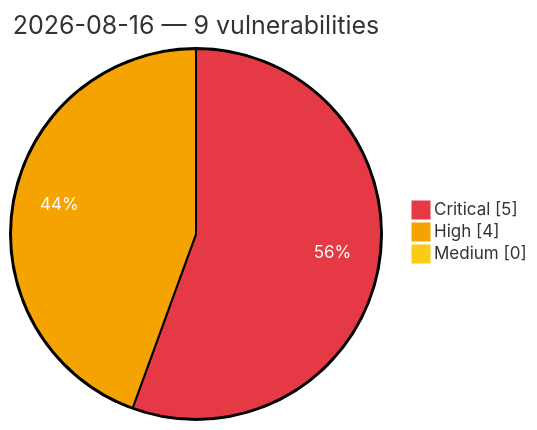
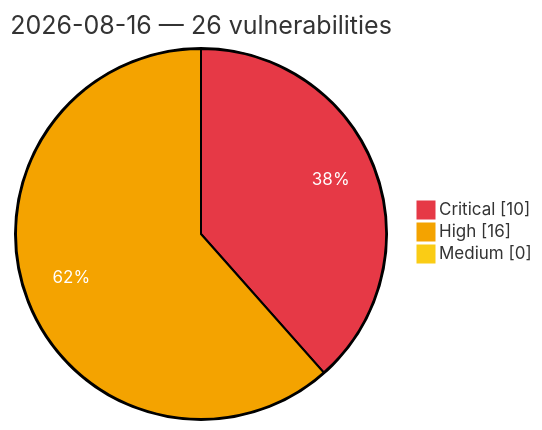
Before and after one commit to GhostX0X/vuln-tracker: the diagram in vulnerabilities/2026/August/2026-08-16.md, drawn with Mermaid. The commit also changed other lines of this file and 5 other files, not shown here.

Commit message:
Auto update: critical/high vulns (2026-08-16 14:20 UTC)

````diff
--- a/vulnerabilities/2026/August/2026-08-16.md
+++ b/vulnerabilities/2026/August/2026-08-16.md
@@ -3,8 +3,8 @@
 ```mermaid
 %%{init: {'theme':'base', 'themeVariables': {'pie1':'#e63946', 'pie2':'#f4a300', 'pie3':'#facc15', 'pieOpacity':'1', 'pieOuterStrokeWidth':'2px', 'pieSectionTextColor':'#ffffff'}}}%%
 pie showData
-    title 2026-08-16 — 9 vulnerabilities
-    "Critical" : 5
-    "High" : 4
+    title 2026-08-16 — 26 vulnerabilities
+    "Critical" : 10
+    "High" : 16
     "Medium" : 0
 ```
````
